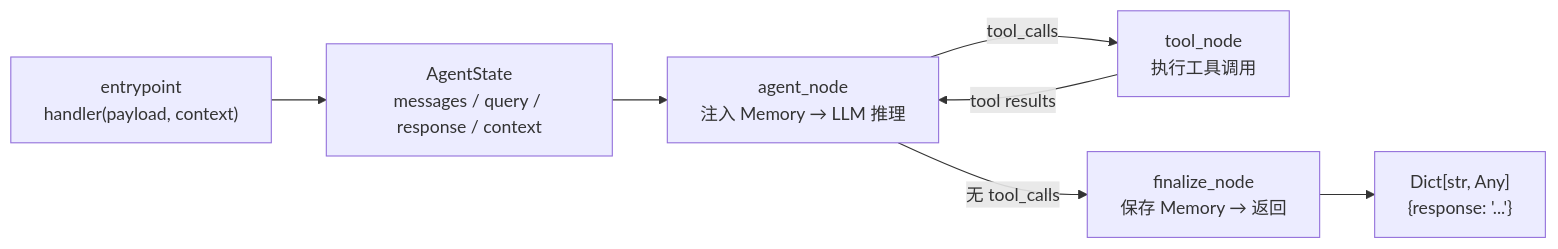
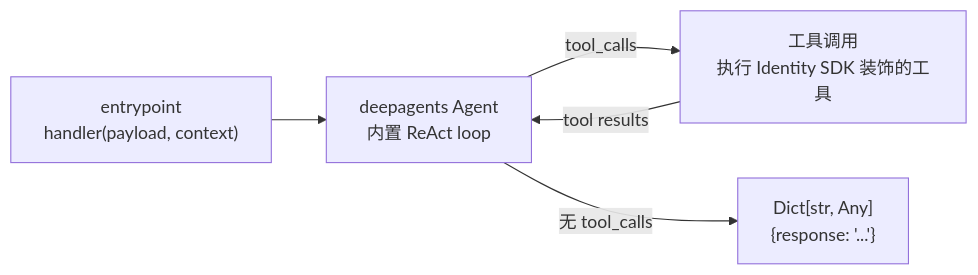
One commit to T-1009/personal-assistant changed the fifth of 5 diagrams in personal-assistant-meta/architecture/overall_architecture.md. Above: the diagram before and after it, drawn with Mermaid. The commit also changed other lines of this file and 5 other files, not shown here.

````diff
--- a/personal-assistant-meta/architecture/overall_architecture.md
+++ b/personal-assistant-meta/architecture/overall_architecture.md
@@ -350,9 +362,7 @@
 ```mermaid
 flowchart LR
-    Entry["entrypoint<br/>handler(payload, context)"] --> State["AgentState<br/>messages / query / response / context"]
-    State --> AgentNode["agent_node<br/>注入 Memory → LLM 推理"]
-    AgentNode -->|"tool_calls"| ToolNode["tool_node<br/>执行工具调用"]
-    AgentNode -->|"无 tool_calls"| Finalize["finalize_node<br/>保存 Memory → 返回"]
-    ToolNode -->|"tool results"| AgentNode
-    Finalize --> Response["Dict[str, Any]<br/>{response: '...'}"]
+    Entry["entrypoint<br/>handler(payload, context)"] --> Agent["deepagents Agent<br/>内置 ReAct loop"]
+    Agent -->|"tool_calls"| Tools["工具调用<br/>执行 Identity SDK 装饰的工具"]
+    Agent -->|"无 tool_calls"| Response["Dict[str, Any]<br/>{response: '...'}"]
+    Tools -->|"tool results"| Agent
 ```
````
